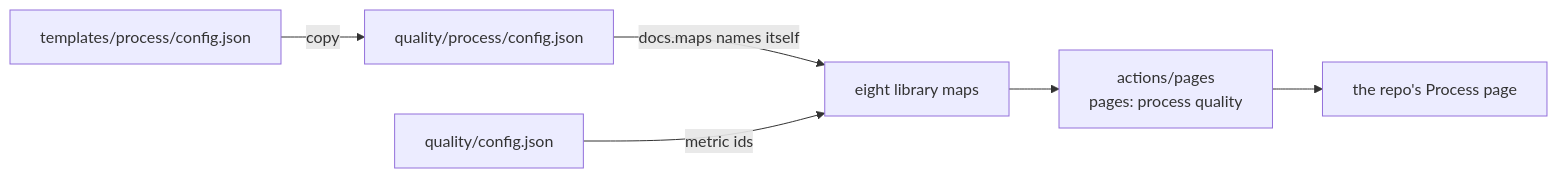
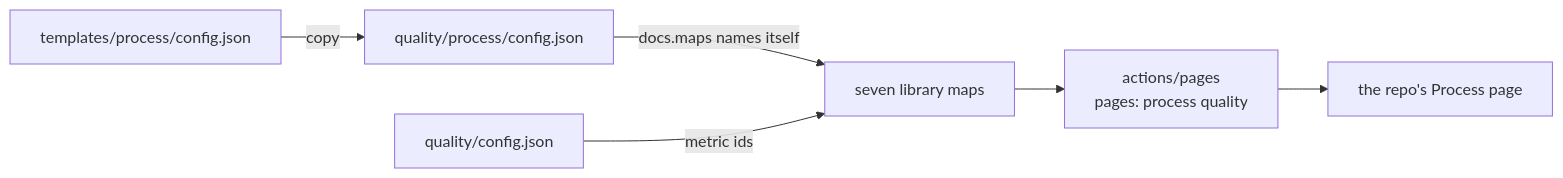
Before and after one commit to SoulCraft-Org/git-crafter: the diagram in templates/process/README.md, drawn with Mermaid. The commit also changed other lines of this file and 6 other files, not shown here.

````diff
--- a/templates/process/README.md
+++ b/templates/process/README.md
@@ -5,7 +5,7 @@
 ```mermaid
 flowchart LR
   S[templates/process/config.json] -->|copy| C[quality/process/config.json]
-  C -->|docs.maps names itself| M[eight library maps]
+  C -->|docs.maps names itself| M[seven library maps]
   Q[quality/config.json] -->|metric ids| M
   M --> A[actions/pages<br/>pages: process quality] --> P[the repo's Process page]
 ```
````
